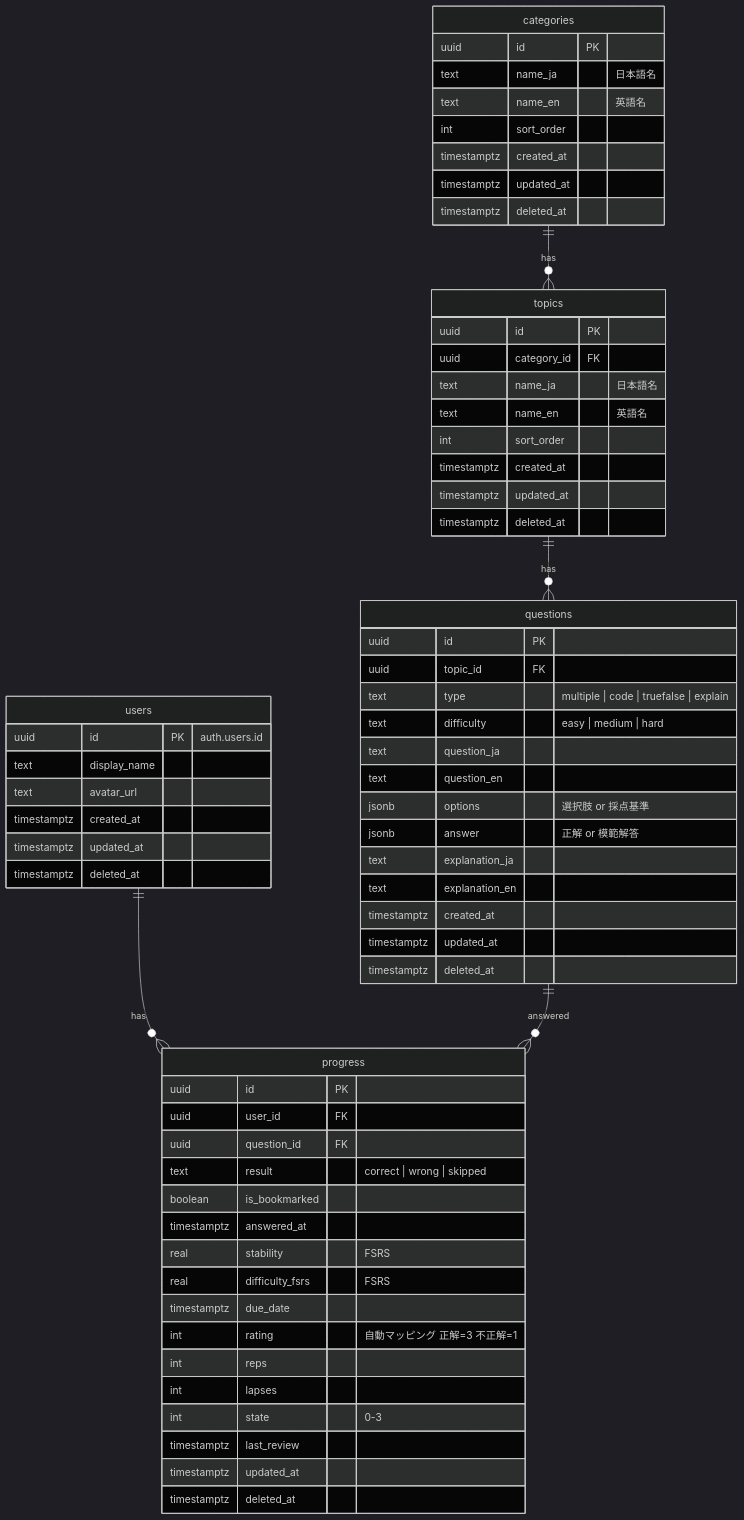
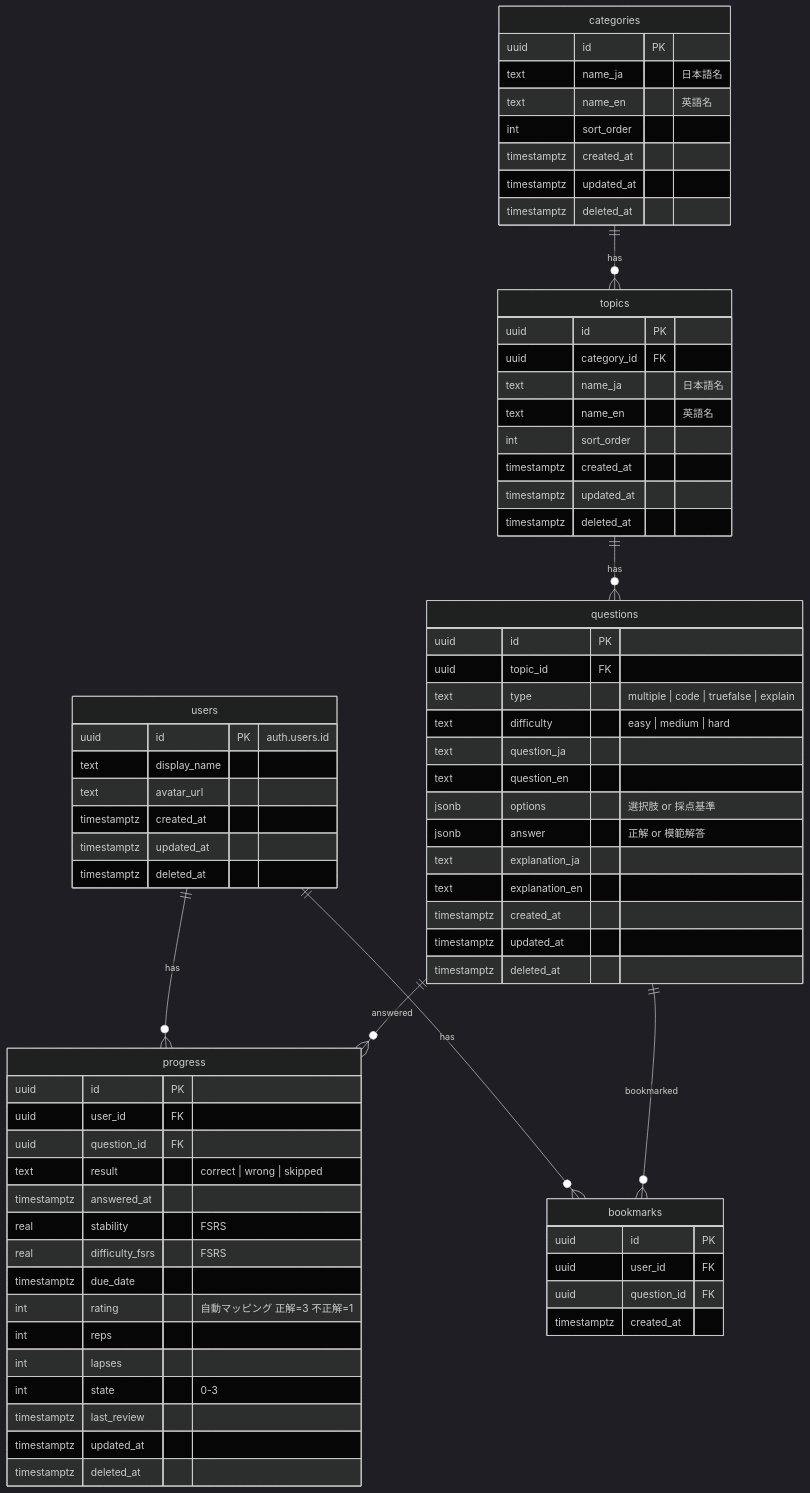
Before and after one commit to kohei240155/techinterviewprep: the diagram in docs/database-design.md, drawn with Mermaid (dark theme). The commit also changed other lines of this file and 1 other file, not shown here.

````diff
--- a/docs/database-design.md
+++ b/docs/database-design.md
@@ -9,72 +9,80 @@
 ```mermaid
 erDiagram
     categories ||--o{ topics : "has"
     users ||--o{ progress : "has"
+    users ||--o{ bookmarks : "has"
     topics ||--o{ questions : "has"
     questions ||--o{ progress : "answered"
+    questions ||--o{ bookmarks : "bookmarked"
 
     users {
         uuid id PK "auth.users.id"
         text display_name
         text avatar_url
         timestamptz created_at
         timestamptz updated_at
         timestamptz deleted_at
     }
 
     categories {
         uuid id PK
         text name_ja "日本語名"
         text name_en "英語名"
         int sort_order
         timestamptz created_at
         timestamptz updated_at
         timestamptz deleted_at
     }
 
     topics {
         uuid id PK
         uuid category_id FK
         text name_ja "日本語名"
         text name_en "英語名"
         int sort_order
         timestamptz created_at
         timestamptz updated_at
         timestamptz deleted_at
     }
 
     questions {
         uuid id PK
         uuid topic_id FK
         text type "multiple | code | truefalse | explain"
         text difficulty "easy | medium | hard"
         text question_ja
         text question_en
         jsonb options "選択肢 or 採点基準"
         jsonb answer "正解 or 模範解答"
         text explanation_ja
         text explanation_en
         timestamptz created_at
         timestamptz updated_at
         timestamptz deleted_at
     }
 
+    bookmarks {
+        uuid id PK
+        uuid user_id FK
+        uuid question_id FK
+        timestamptz created_at
+    }
+
     progress {
         uuid id PK
         uuid user_id FK
         uuid question_id FK
         text result "correct | wrong | skipped"
-        boolean is_bookmarked
         timestamptz answered_at
         real stability "FSRS"
         real difficulty_fsrs "FSRS"
         timestamptz due_date
         int rating "自動マッピング 正解=3 不正解=1"
         int reps
         int lapses
         int state "0-3"
         timestamptz last_review
         timestamptz updated_at
         timestamptz deleted_at
     }
 ```
````
